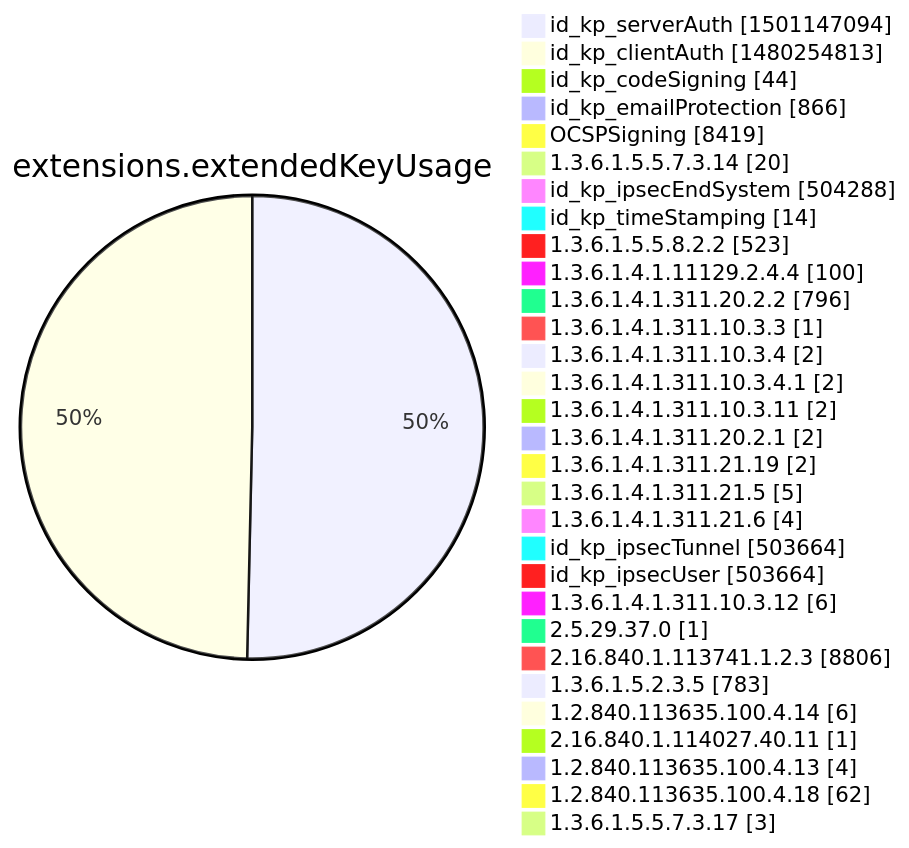
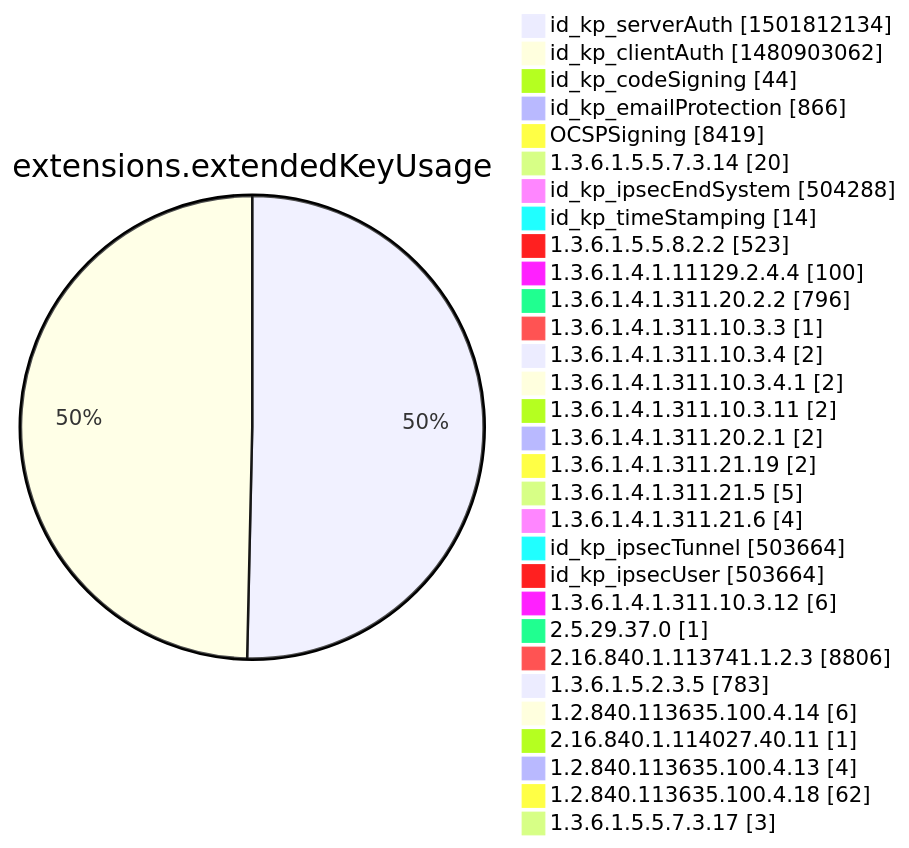
Diagram 12 of 15 in argon2022/README.md (christiankrug/ctmonitor_visualization), drawn with Mermaid before and after one commit. The commit also changed other lines of this file, not shown here.

````diff
--- a/argon2022/README.md
+++ b/argon2022/README.md
@@ -3555,34 +3555,34 @@
 ```mermaid
 pie showData
 title extensions.extendedKeyUsage
-"id_kp_serverAuth" :1501147094
-"id_kp_clientAuth" :1480254813
+"id_kp_serverAuth" :1501812134
+"id_kp_clientAuth" :1480903062
 "id_kp_codeSigning" :44
 "id_kp_emailProtection" :866
 "OCSPSigning" :8419
 "1.3.6.1.5.5.7.3.14" :20
 "id_kp_ipsecEndSystem" :504288
 "id_kp_timeStamping" :14
 "1.3.6.1.5.5.8.2.2" :523
 "1.3.6.1.4.1.11129.2.4.4" :100
 "1.3.6.1.4.1.311.20.2.2" :796
 "1.3.6.1.4.1.311.10.3.3" :1
 "1.3.6.1.4.1.311.10.3.4" :2
 "1.3.6.1.4.1.311.10.3.4.1" :2
 "1.3.6.1.4.1.311.10.3.11" :2
 "1.3.6.1.4.1.311.20.2.1" :2
 "1.3.6.1.4.1.311.21.19" :2
 "1.3.6.1.4.1.311.21.5" :5
 "1.3.6.1.4.1.311.21.6" :4
 "id_kp_ipsecTunnel" :503664
 "id_kp_ipsecUser" :503664
 "1.3.6.1.4.1.311.10.3.12" :6
 "2.5.29.37.0" :1
 "2.16.840.1.113741.1.2.3" :8806
 "1.3.6.1.5.2.3.5" :783
 "1.2.840.113635.100.4.14" :6
 "2.16.840.1.114027.40.11" :1
 "1.2.840.113635.100.4.13" :4
 "1.2.840.113635.100.4.18" :62
 "1.3.6.1.5.5.7.3.17" :3
 ```
````
